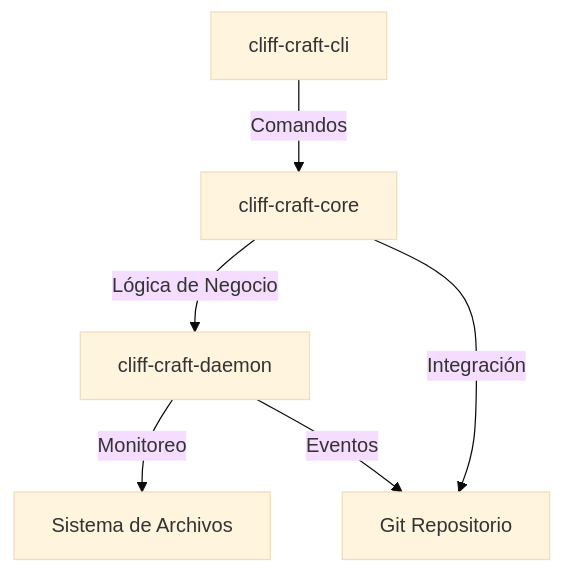
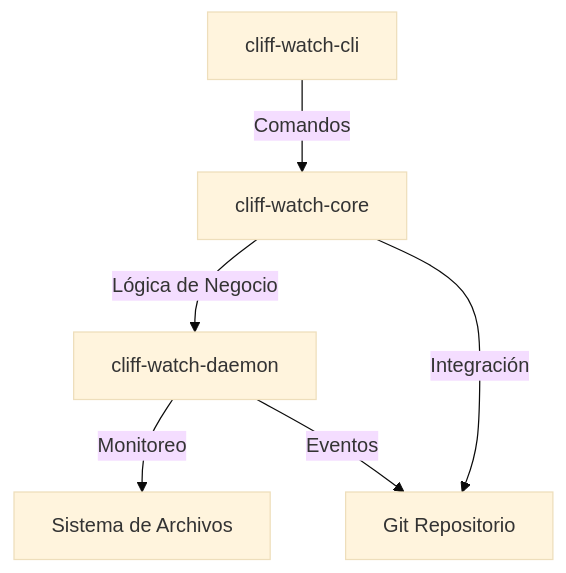
The diagram in docs/phase2/definicion_modulos.md (iodevs-net/git-gov), drawn with Mermaid (base theme) before and after one commit. The commit also changed other lines of this file and 96 other files, not shown here.

Commit message:
refactor: consolidación final de la marca Cliff-Watch 🐈👁️🛡️

````diff
--- a/docs/phase2/definicion_modulos.md
+++ b/docs/phase2/definicion_modulos.md
@@ -146,8 +146,8 @@
 ```mermaid
 graph TD
-    A[cliff-craft-cli] -->|Comandos| B[cliff-craft-core]
-    B -->|Lógica de Negocio| C[cliff-craft-daemon]
+    A[cliff-watch-cli] -->|Comandos| B[cliff-watch-core]
+    B -->|Lógica de Negocio| C[cliff-watch-daemon]
     C -->|Monitoreo| D[Sistema de Archivos]
     C -->|Eventos| E[Git Repositorio]
     B -->|Integración| E
 ```
````
